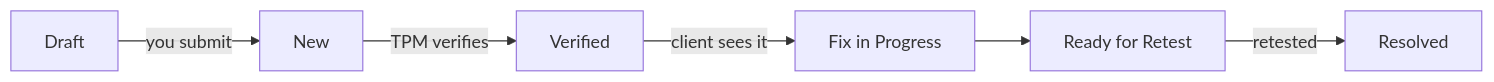
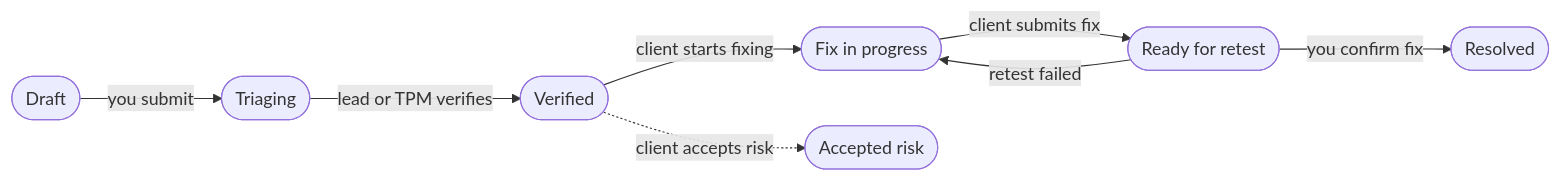
One commit to Securityboat/SB1-Knowladge-Base- changed the first of 2 diagrams in docs/researcher/07-findings.md. Above: the diagram before and after it, drawn with Mermaid. The commit also changed other lines of this file and 181 other files, not shown here.

````diff
--- a/docs/researcher/07-findings.md
+++ b/docs/researcher/07-findings.md
@@ -88,8 +101,10 @@
 ```mermaid
-graph LR
-    A[Draft] -->|you submit| B[New]
-    B -->|TPM verifies| C[Verified]
-    C -->|client sees it| D[Fix in Progress]
-    D --> E[Ready for Retest]
-    E -->|retested| F[Resolved]
+flowchart LR
+    DR([Draft]) -->|you submit| TR([Triaging])
+    TR -->|lead or TPM verifies| V([Verified])
+    V -->|client starts fixing| F([Fix in progress])
+    F -->|client submits fix| R([Ready for retest])
+    R -->|you confirm fix| D([Resolved])
+    R -->|retest failed| F
+    V -.->|client accepts risk| AR([Accepted risk])
 ```
````
